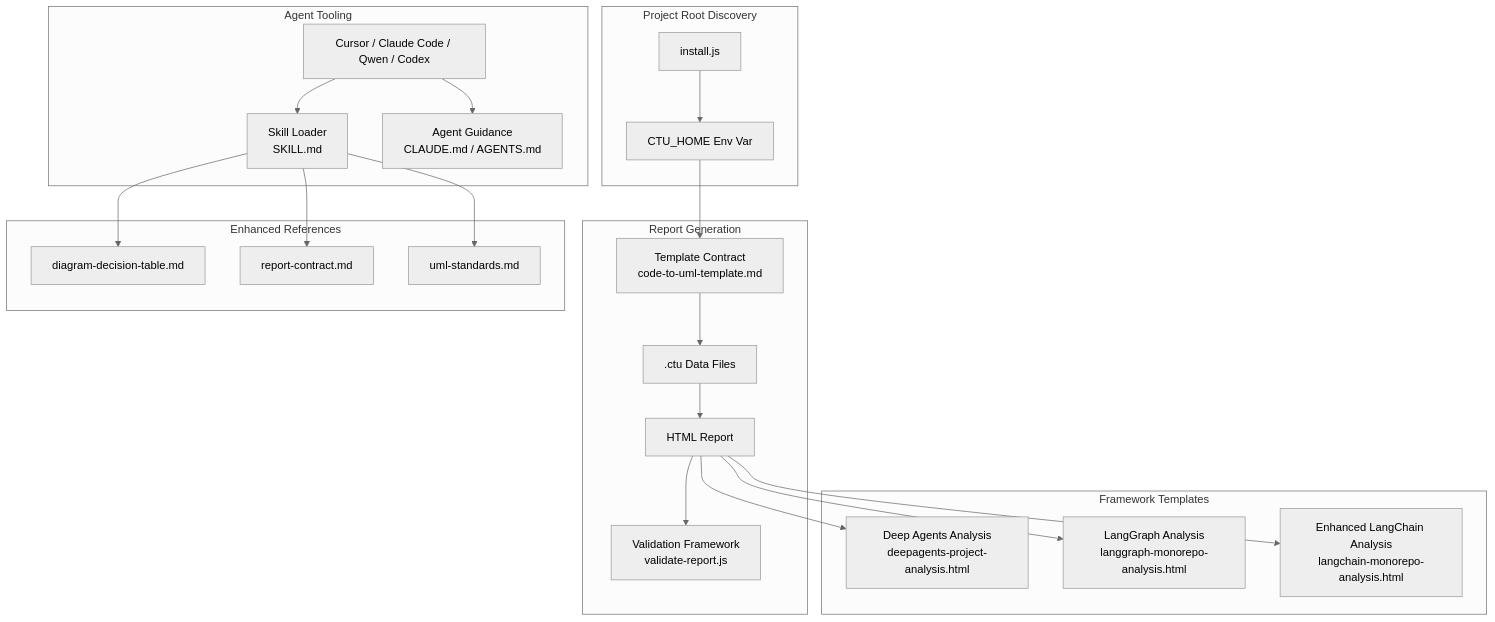
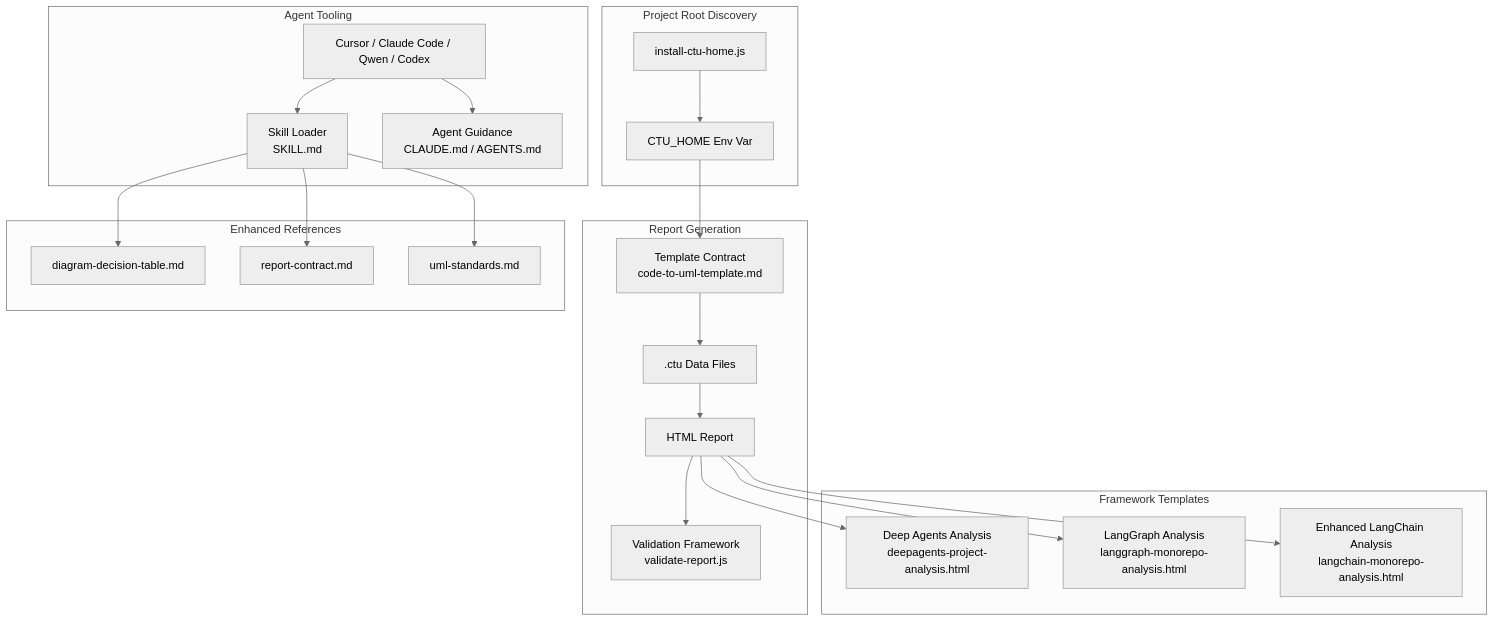
One commit to pingwurth/code-to-uml changed the first of 8 diagrams in .qoder/repowiki/en/content/AI Agent Integration/AI Agent Integration.md. Above: the diagram before and after it, drawn with Mermaid (neutral theme). The commit also changed other lines of this file and 21 other files, not shown here.

Commit message:
chore(docs): 删除 Code-To-UML 介绍文档

````diff
--- a/.qoder/repowiki/en/content/AI Agent Integration/AI Agent Integration.md
+++ b/.qoder/repowiki/en/content/AI Agent Integration/AI Agent Integration.md
@@ -65,41 +69,41 @@
 ```mermaid
 graph TB
 subgraph "Agent Tooling"
 A["Cursor / Claude Code / Qwen / Codex"]
 B["Skill Loader<br/>SKILL.md"]
 C["Agent Guidance<br/>CLAUDE.md / AGENTS.md"]
 end
 subgraph "Project Root Discovery"
 D["CTU_HOME Env Var"]
-E["install.js"]
+E["install-ctu-home.js"]
 end
 subgraph "Report Generation"
 F["Template Contract<br/>code-to-uml-template.md"]
 G[".ctu Data Files"]
 H["HTML Report"]
 I["Validation Framework<br/>validate-report.js"]
 end
 subgraph "Framework Templates"
 J["Deep Agents Analysis<br/>deepagents-project-analysis.html"]
 K["LangGraph Analysis<br/>langgraph-monorepo-analysis.html"]
 L["Enhanced LangChain Analysis<br/>langchain-monorepo-analysis.html"]
 end
 subgraph "Enhanced References"
 M["diagram-decision-table.md"]
 N["report-contract.md"]
 O["uml-standards.md"]
 end
 A --> B
 A --> C
 E --> D
 D --> F
 F --> G
 G --> H
 H --> I
 B --> M
 B --> N
 B --> O
 H --> J
 H --> K
 H --> L
 ```
````
